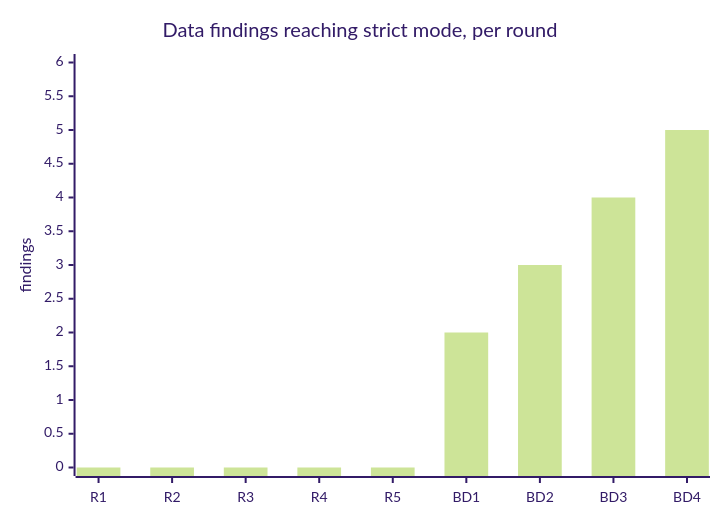
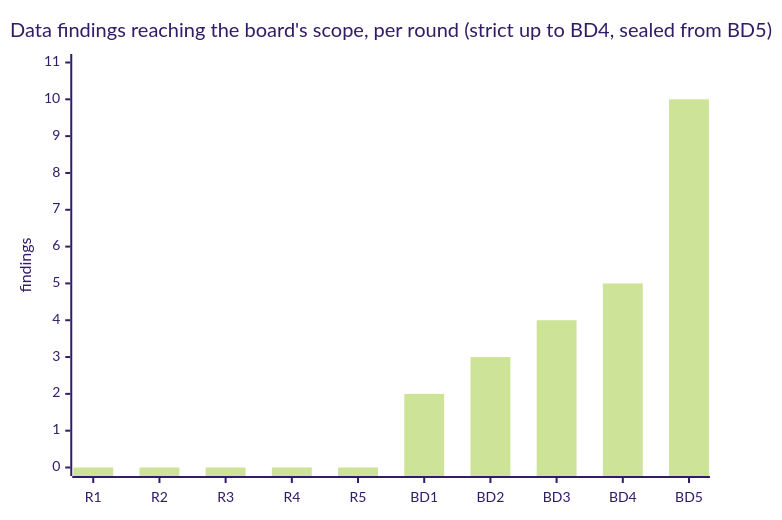
One commit to MentalGear/web-sandbox changed the diagram in docs/research/22_review_trajectory/README.md. Above: the diagram before and after it, drawn with Mermaid (forest theme). The commit also changed other lines of this file and 46 other files, not shown here.

First line of the commit message:
Review pass 5, fix C: the sealed-app recipe, test pins for sealed mode, the archive and research 22 (#88)

````diff
--- a/docs/research/22_review_trajectory/README.md
+++ b/docs/research/22_review_trajectory/README.md
@@ -45,7 +57,7 @@
 ```mermaid
 xychart-beta
-    title "Data findings reaching strict mode, per round"
-    x-axis [R1, R2, R3, R4, R5, BD1, BD2, BD3, BD4]
-    y-axis "findings" 0 --> 6
-    bar [0, 0, 0, 0, 0, 2, 3, 4, 5]
+    title "Data findings reaching the board's scope, per round (strict up to BD4, sealed from BD5)"
+    x-axis [R1, R2, R3, R4, R5, BD1, BD2, BD3, BD4, BD5]
+    y-axis "findings" 0 --> 11
+    bar [0, 0, 0, 0, 0, 2, 3, 4, 5, 10]
 ```
````
